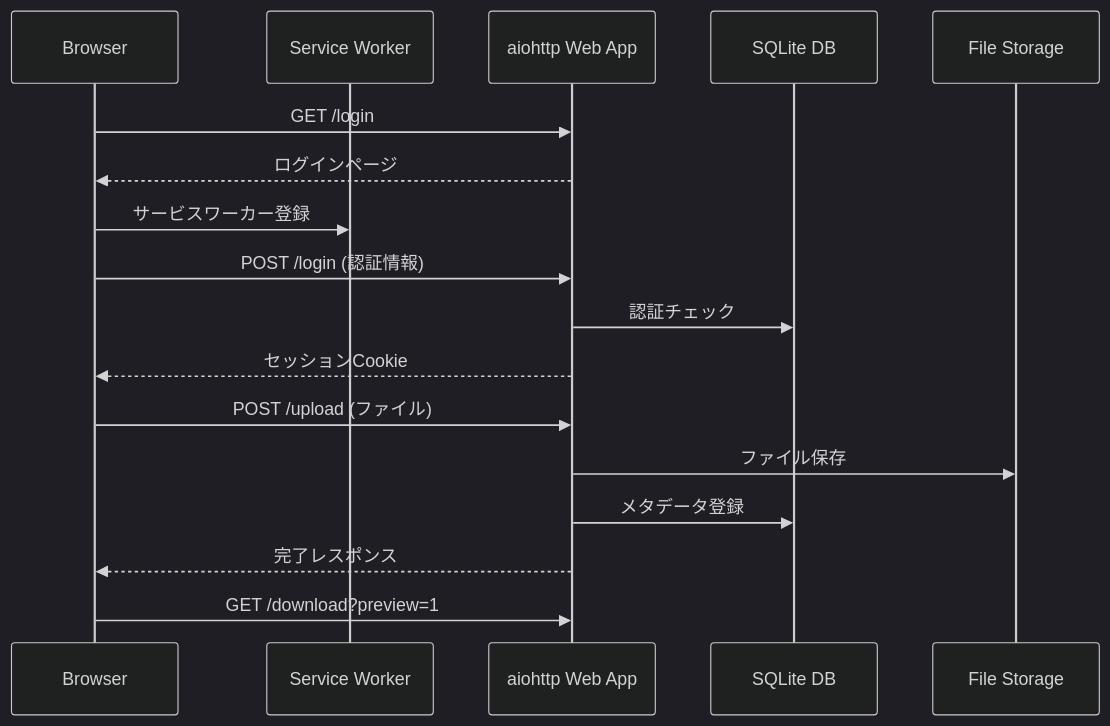
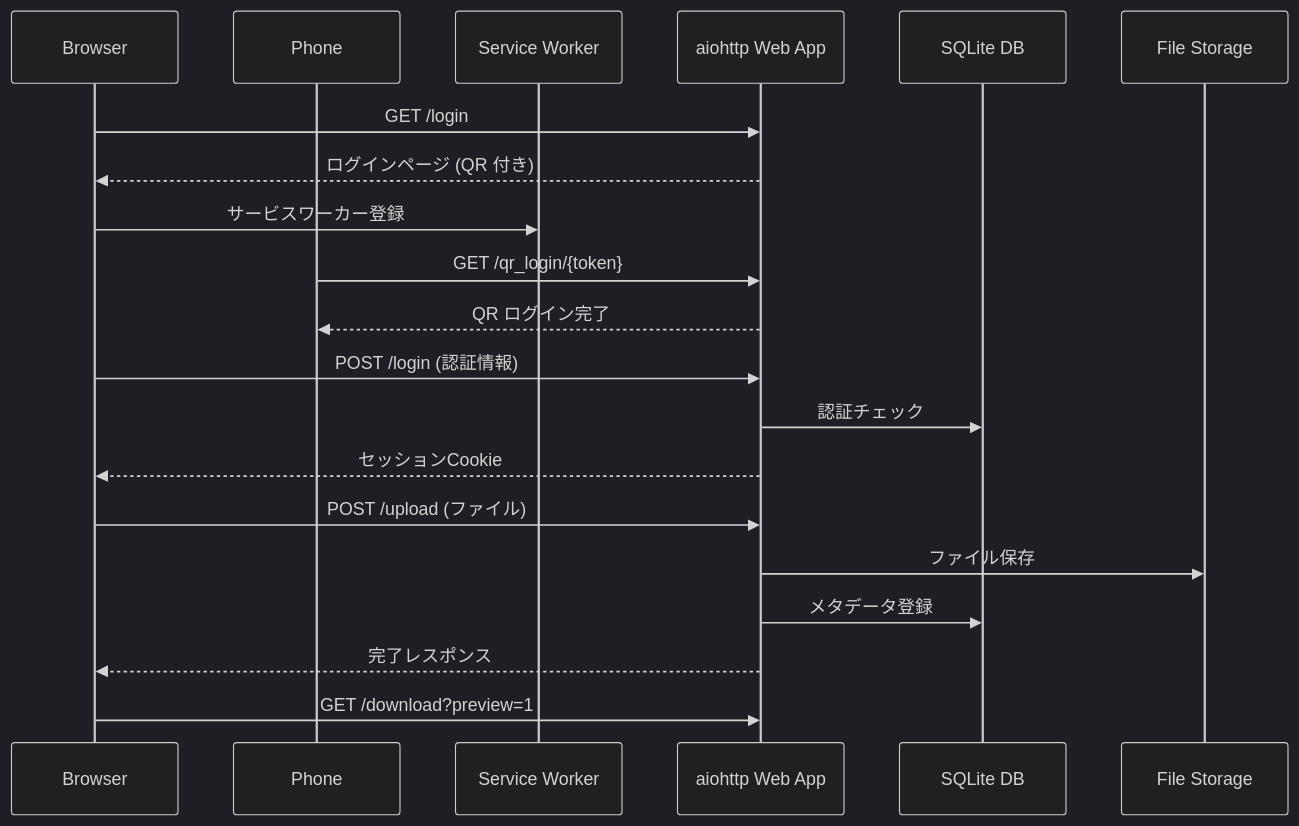
The diagram in docs/sequence_web.mmd (5h1gerun/web_discord_server), drawn with Mermaid before and after one commit. The commit also changed 2 other files, not shown here.

Commit message:
docs: update login instructions

```diff
--- a/docs/sequence_web.mmd
+++ b/docs/sequence_web.mmd
@@ -1,20 +1,23 @@
 %%{init: {'theme': 'dark'}}%%
 %% Web サーバ上のシーケンス図
 sequenceDiagram
     participant Browser as Browser
+    participant Phone as Phone
     participant SW as Service Worker
     participant Web as aiohttp Web App
     participant DB as SQLite DB
     participant Files as File Storage
 
     Browser->>Web: GET /login
-    Web-->>Browser: ログインページ
+    Web-->>Browser: ログインページ (QR 付き)
     Browser->>SW: サービスワーカー登録
+    Phone->>Web: GET /qr_login/{token}
+    Web-->>Phone: QR ログイン完了
     Browser->>Web: POST /login (認証情報)
     Web->>DB: 認証チェック
     Web-->>Browser: セッションCookie
     Browser->>Web: POST /upload (ファイル)
     Web->>Files: ファイル保存
     Web->>DB: メタデータ登録
     Web-->>Browser: 完了レスポンス
     Browser->>Web: GET /download?preview=1
```
